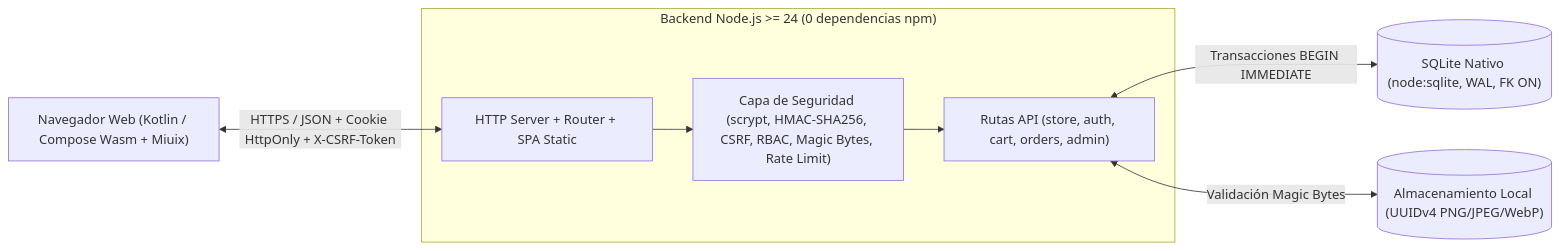
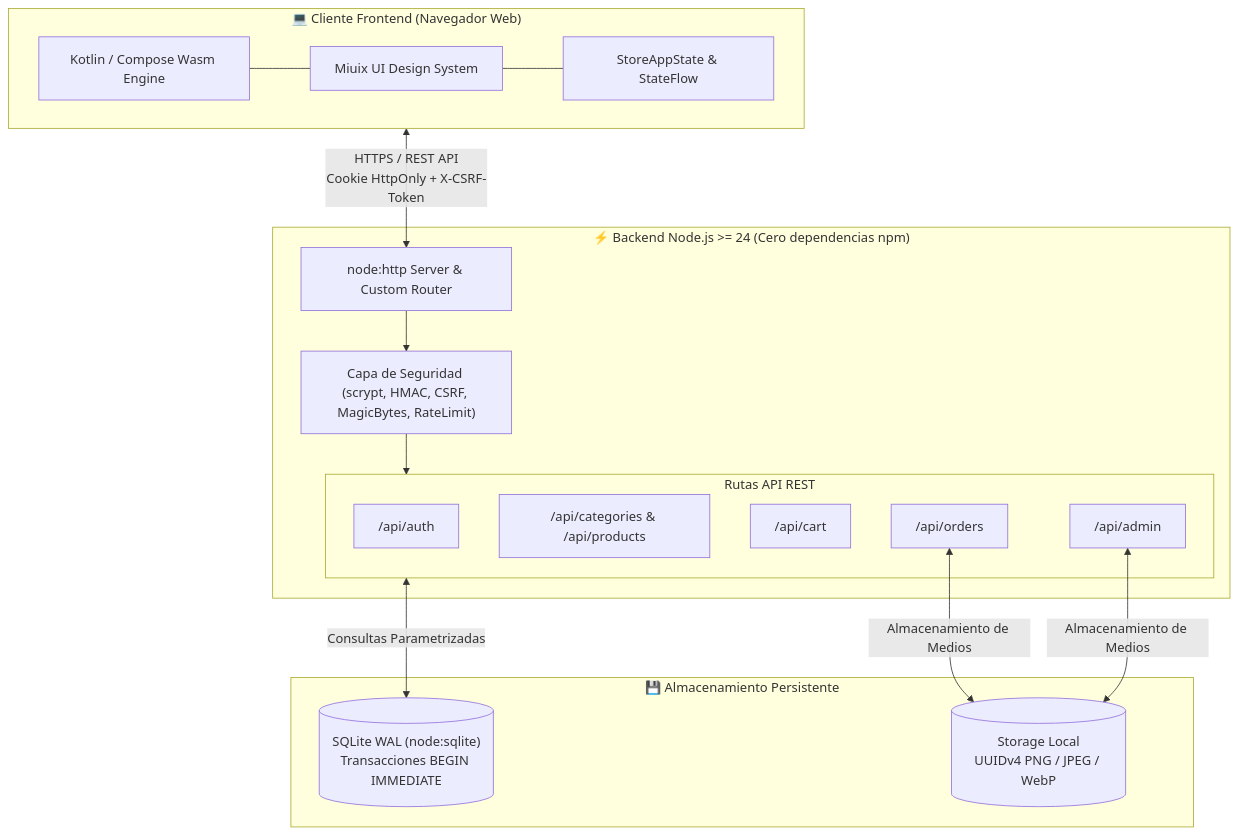
Before and after one commit to MituOS2/TBD-Supply: the first of 2 diagrams in README.md, drawn with Mermaid. The commit also changed other lines of this file and 1 other file, not shown here.

Commit message:
docs(readme): overhaul README with industry-standard specs, mermaid architecture, and API reference

````diff
--- a/README.md
+++ b/README.md
@@ -73,16 +79,35 @@
 ```mermaid
-flowchart LR
-    Browser["Navegador Web (Kotlin / Compose Wasm + Miuix)"]
-    subgraph Server["Backend Node.js >= 24 (0 dependencias npm)"]
-        Router["HTTP Server + Router + SPA Static"]
-        Sec["Capa de Seguridad (scrypt, HMAC-SHA256, CSRF, RBAC, Magic Bytes, Rate Limit)"]
-        Routes["Rutas API (store, auth, cart, orders, admin)"]
-        Router --> Sec --> Routes
+flowchart TB
+    subgraph Client ["💻 Cliente Frontend (Navegador Web)"]
+        Wasm["Kotlin / Compose Wasm Engine"]
+        Miuix["Miuix UI Design System"]
+        State["StoreAppState & StateFlow"]
+        Wasm --- Miuix
+        Miuix --- State
     end
-    DB[("SQLite Nativo (node:sqlite, WAL, FK ON)")]
-    Media[("Almacenamiento Local (UUIDv4 PNG/JPEG/WebP)")]
 
-    Browser <-->|"HTTPS / JSON + Cookie HttpOnly + X-CSRF-Token"| Router
-    Routes <-->|"Transacciones BEGIN IMMEDIATE"| DB
-    Routes <-->|"Validación Magic Bytes"| Media
+    subgraph Server ["⚡ Backend Node.js >= 24 (Cero dependencias npm)"]
+        HTTP["node:http Server & Custom Router"]
+        SecLayer["Capa de Seguridad (scrypt, HMAC, CSRF, MagicBytes, RateLimit)"]
+        
+        subgraph Modules ["Rutas API REST"]
+            AuthMod["/api/auth"]
+            StoreMod["/api/categories & /api/products"]
+            CartMod["/api/cart"]
+            OrderMod["/api/orders"]
+            AdminMod["/api/admin"]
+        end
+        
+        HTTP --> SecLayer
+        SecLayer --> Modules
+    end
+
+    subgraph Storage ["💾 Almacenamiento Persistente"]
+        DB[("SQLite WAL (node:sqlite)\nTransacciones BEGIN IMMEDIATE")]
+        Uploads[("Storage Local\nUUIDv4 PNG / JPEG / WebP")]
+    end
+
+    Client <-->|"HTTPS / REST API\nCookie HttpOnly + X-CSRF-Token"| HTTP
+    Modules <-->|"Consultas Parametrizadas"| DB
+    OrderMod & AdminMod <-->|"Almacenamiento de Medios"| Uploads
 ```
````
